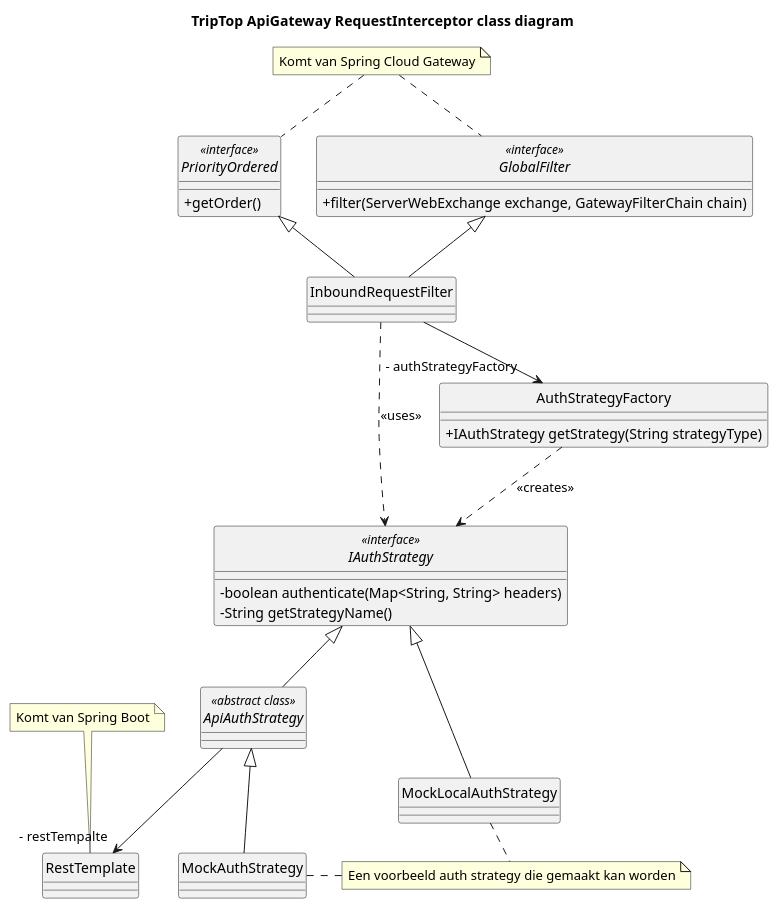
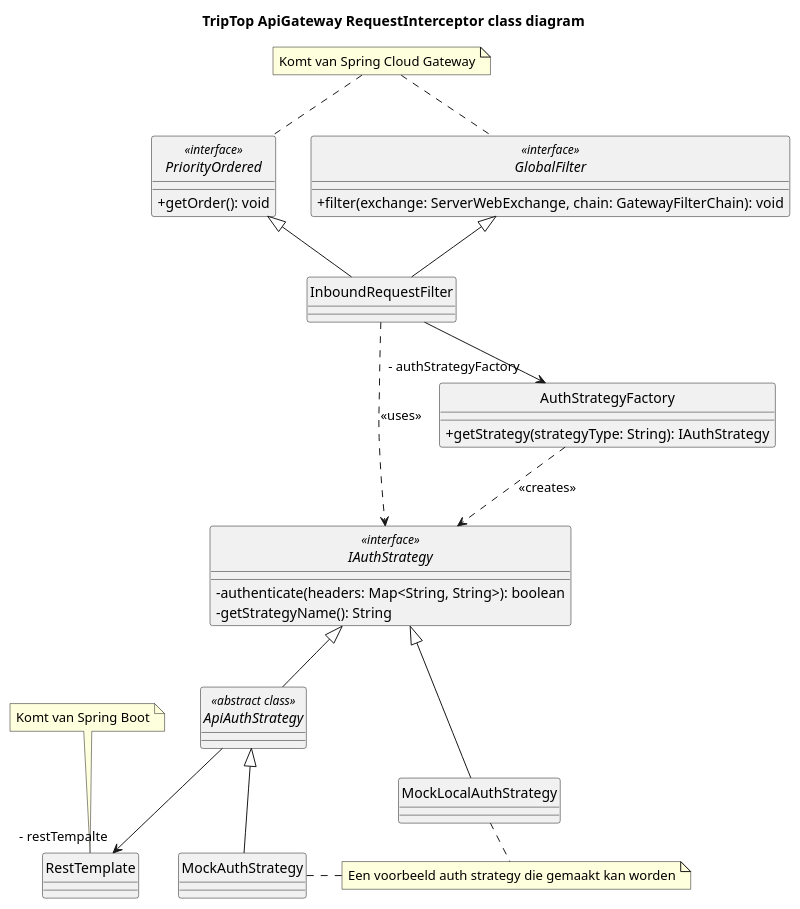
The diagram in individueel/diagram/class/Simon-TripTopClassDiagram.puml (AIM-ENE-feb25/triptop-groep-1-met-third-wheel), drawn with PlantUML before and after one commit. The commit also changed 1 other file, not shown here.

Commit message:
Update class diagram
Volgt nu de juiste standaarden van notatie

```diff
--- a/individueel/diagram/class/Simon-TripTopClassDiagram.puml
+++ b/individueel/diagram/class/Simon-TripTopClassDiagram.puml
@@ -1,63 +1,63 @@
 @startuml
 
 hide circle
 skinparam classAttributeIconSize 0
 
 title TripTop ApiGateway RequestInterceptor class diagram
 
 interface GlobalFilter <<interface>> {
-    + filter(ServerWebExchange exchange, GatewayFilterChain chain)
+    + filter(exchange: ServerWebExchange, chain: GatewayFilterChain): void
 }
 note "Komt van Spring Cloud Gateway" as filterNote
 
 filterNote .. GlobalFilter
 
 interface PriorityOrdered <<interface>> {
-    + getOrder()
+    + getOrder(): void
 }
 
 filterNote .. PriorityOrdered
 
 class InboundRequestFilter {
 }
 
 interface IAuthStrategy <<interface>> {
-    - boolean authenticate(Map<String, String> headers)
-    - String getStrategyName()
+    - authenticate(headers: Map<String, String>): boolean
+    - getStrategyName(): String
 }
 
 class RestTemplate{
 }
 
 note "Komt van Spring Boot" as restTemplateNote
 restTemplateNote .. RestTemplate
 
 class AuthStrategyFactory {
-    + IAuthStrategy getStrategy(String strategyType)
+    + getStrategy(strategyType: String): IAuthStrategy
 }
 
 abstract class ApiAuthStrategy <<abstract class>> {
 }
 
 class MockAuthStrategy {}
 class MockLocalAuthStrategy {}
 
 note "Een voorbeeld auth strategy die gemaakt kan worden" as mockAuthStrategyNote
 mockAuthStrategyNote ..left MockAuthStrategy
 mockAuthStrategyNote ..left MockLocalAuthStrategy
 
 InboundRequestFilter -up-^ GlobalFilter
 InboundRequestFilter -up-^ PriorityOrdered
 InboundRequestFilter --> "- authStrategyFactory" AuthStrategyFactory
 
 AuthStrategyFactory ..> IAuthStrategy : <<creates>>
 InboundRequestFilter ..> IAuthStrategy : <<uses>>
 
 ApiAuthStrategy --> "- restTempalte" RestTemplate
 ApiAuthStrategy -up-^ IAuthStrategy
 
 MockAuthStrategy -up-^ ApiAuthStrategy
 MockLocalAuthStrategy -up-^IAuthStrategy
 
 
 @enduml
```
